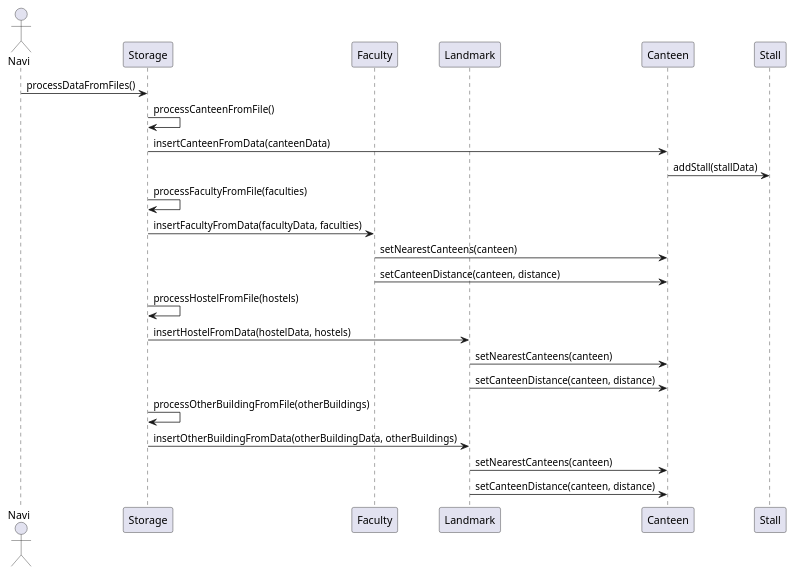
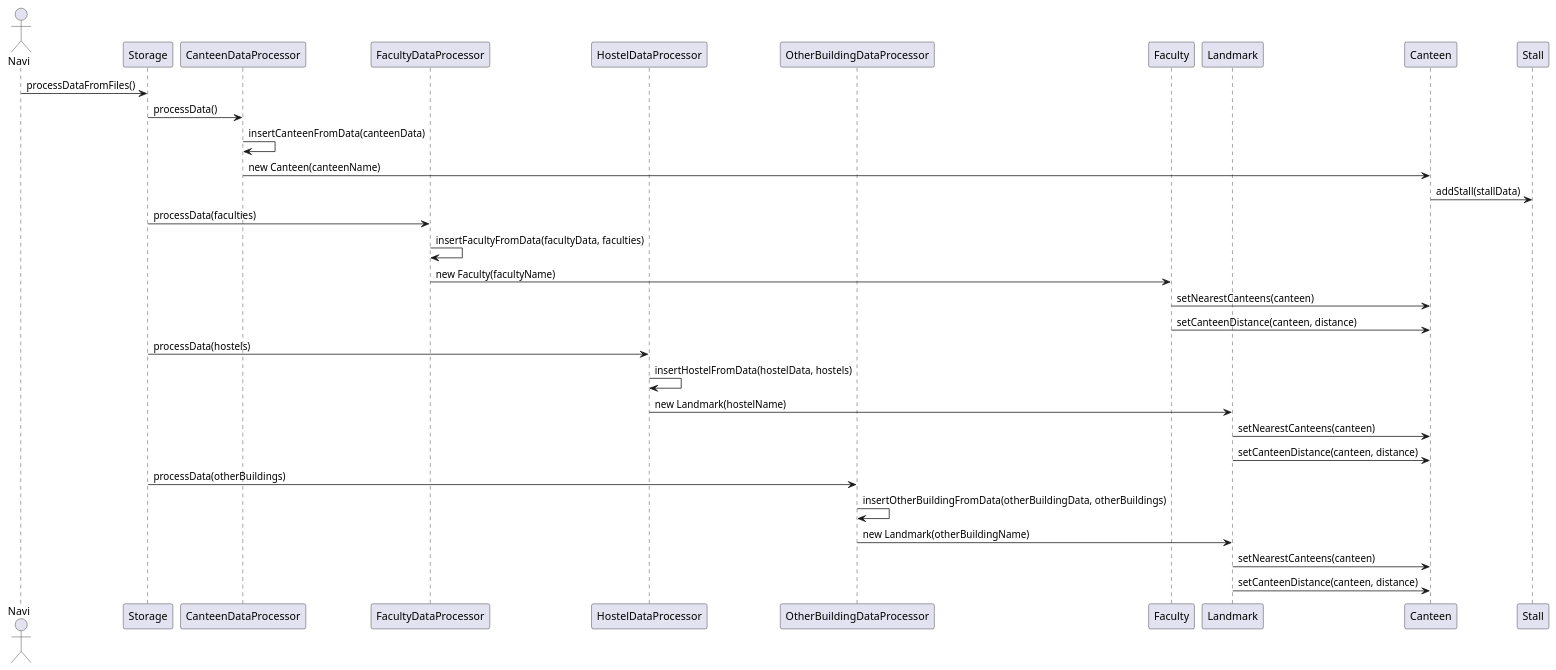
One commit to AY2425S2-CS2113-W12-2/tp changed the diagram in src/main/java/seedu/navi/storage/plantuml.puml. Above: the diagram before and after it, drawn with PlantUML. The commit also changed 10 other files, not shown here.

Commit message:
Refactored storage.class and changed the UML diagram.

```diff
--- a/src/main/java/seedu/navi/storage/plantuml.puml
+++ b/src/main/java/seedu/navi/storage/plantuml.puml
@@ -1,27 +1,35 @@
 @startuml
 
 actor Navi
 participant Storage
+participant CanteenDataProcessor
+participant FacultyDataProcessor
+participant HostelDataProcessor
+participant OtherBuildingDataProcessor
 participant Faculty
 participant Landmark
 participant Canteen
 participant Stall
 
 Navi -> Storage : processDataFromFiles()
-Storage -> Storage : processCanteenFromFile()
-Storage -> Canteen : insertCanteenFromData(canteenData)
+Storage -> CanteenDataProcessor : processData()
+CanteenDataProcessor -> CanteenDataProcessor : insertCanteenFromData(canteenData)
+CanteenDataProcessor -> Canteen : new Canteen(canteenName)
 Canteen -> Stall : addStall(stallData)
-Storage -> Storage : processFacultyFromFile(faculties)
-Storage -> Faculty : insertFacultyFromData(facultyData, faculties)
+Storage -> FacultyDataProcessor : processData(faculties)
+FacultyDataProcessor -> FacultyDataProcessor : insertFacultyFromData(facultyData, faculties)
+FacultyDataProcessor -> Faculty : new Faculty(facultyName)
 Faculty -> Canteen : setNearestCanteens(canteen)
 Faculty -> Canteen : setCanteenDistance(canteen, distance)
-Storage -> Storage : processHostelFromFile(hostels)
-Storage -> Landmark : insertHostelFromData(hostelData, hostels)
+Storage -> HostelDataProcessor : processData(hostels)
+HostelDataProcessor -> HostelDataProcessor : insertHostelFromData(hostelData, hostels)
+HostelDataProcessor -> Landmark : new Landmark(hostelName)
 Landmark -> Canteen : setNearestCanteens(canteen)
 Landmark -> Canteen : setCanteenDistance(canteen, distance)
-Storage -> Storage : processOtherBuildingFromFile(otherBuildings)
-Storage -> Landmark : insertOtherBuildingFromData(otherBuildingData, otherBuildings)
+Storage -> OtherBuildingDataProcessor : processData(otherBuildings)
+OtherBuildingDataProcessor -> OtherBuildingDataProcessor : insertOtherBuildingFromData(otherBuildingData, otherBuildings)
+OtherBuildingDataProcessor -> Landmark : new Landmark(otherBuildingName)
 Landmark -> Canteen : setNearestCanteens(canteen)
 Landmark -> Canteen : setCanteenDistance(canteen, distance)
 
 @enduml
```
